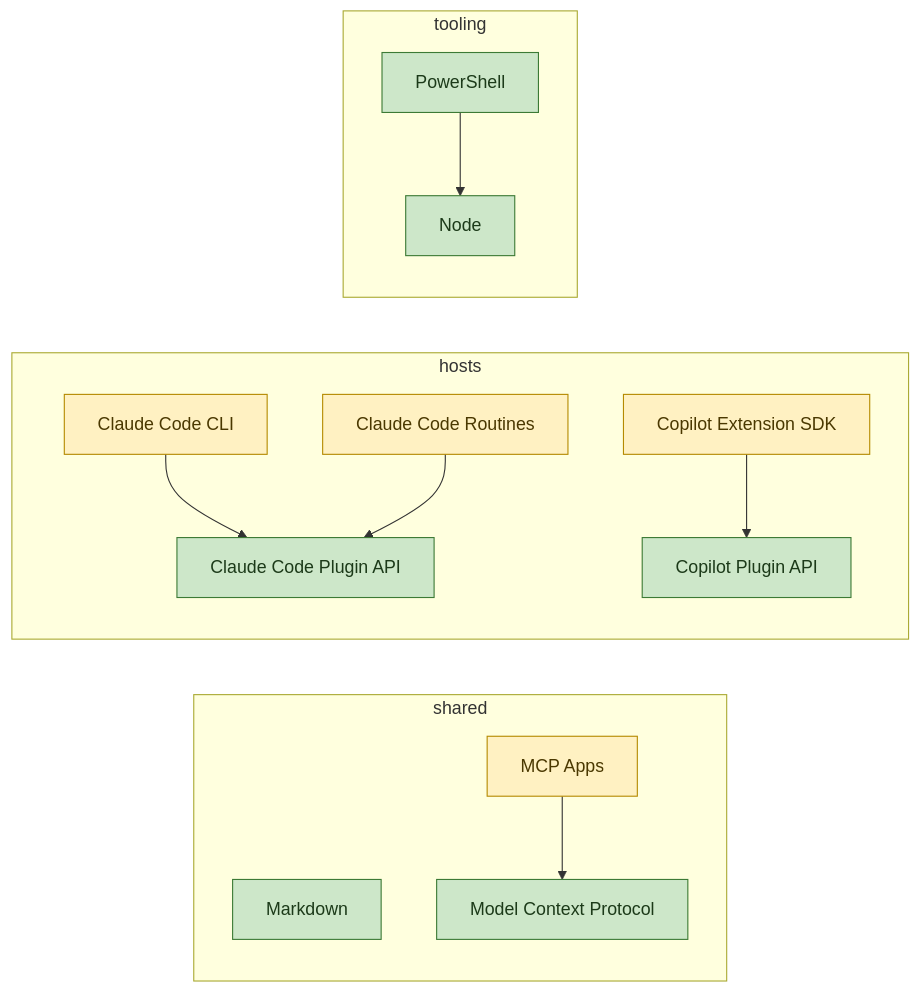
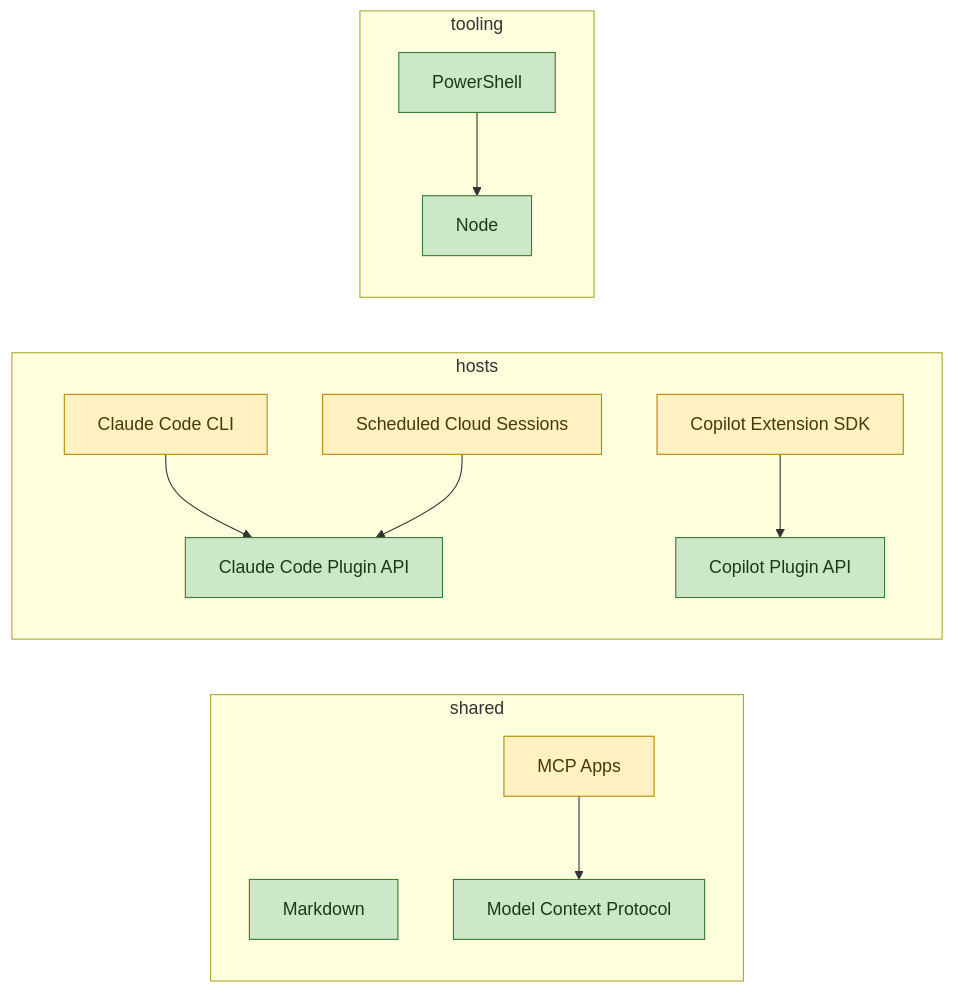
Before and after one commit to JSdotNet/ai-agent-stack: the diagram in .devbook/tech/technology-graph.md, drawn with Mermaid. The commit also changed other lines of this file and 7 other files, not shown here.

````diff
--- a/.devbook/tech/technology-graph.md
+++ b/.devbook/tech/technology-graph.md
@@ -28,28 +28,28 @@
 ```mermaid
 graph LR
   subgraph shared
     markdown[Markdown]
     mcp[Model Context Protocol]
     mcpApps[MCP Apps]
   end
   subgraph hosts
     claudeApi[Claude Code Plugin API]
     claudeCli[Claude Code CLI]
     copilotApi[Copilot Plugin API]
     copilotSdk[Copilot Extension SDK]
-    routines[Claude Code Routines]
+    scheduler[Scheduled Cloud Sessions]
   end
   subgraph tooling
     node[Node]
     pwsh[PowerShell]
   end
   mcpApps --> mcp
   claudeCli --> claudeApi
-  routines --> claudeApi
+  scheduler --> claudeApi
   copilotSdk --> copilotApi
   pwsh --> node
   classDef adopted fill:#cde7c9,stroke:#3c7a35,color:#1c3a19;
   classDef trial fill:#fff1c2,stroke:#b58a00,color:#4a3800;
   class markdown,mcp,claudeApi,copilotApi,node,pwsh adopted;
-  class mcpApps,claudeCli,copilotSdk,routines trial;
+  class mcpApps,claudeCli,copilotSdk,scheduler trial;
 ```
````
